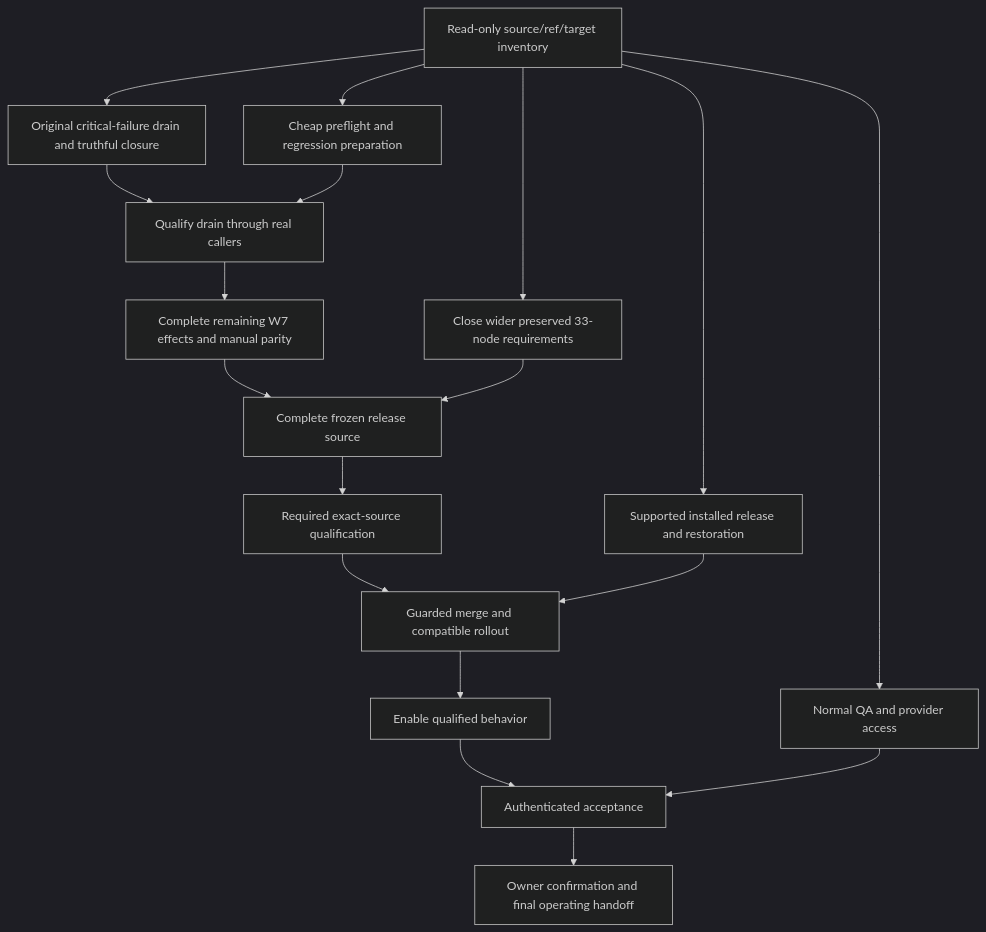
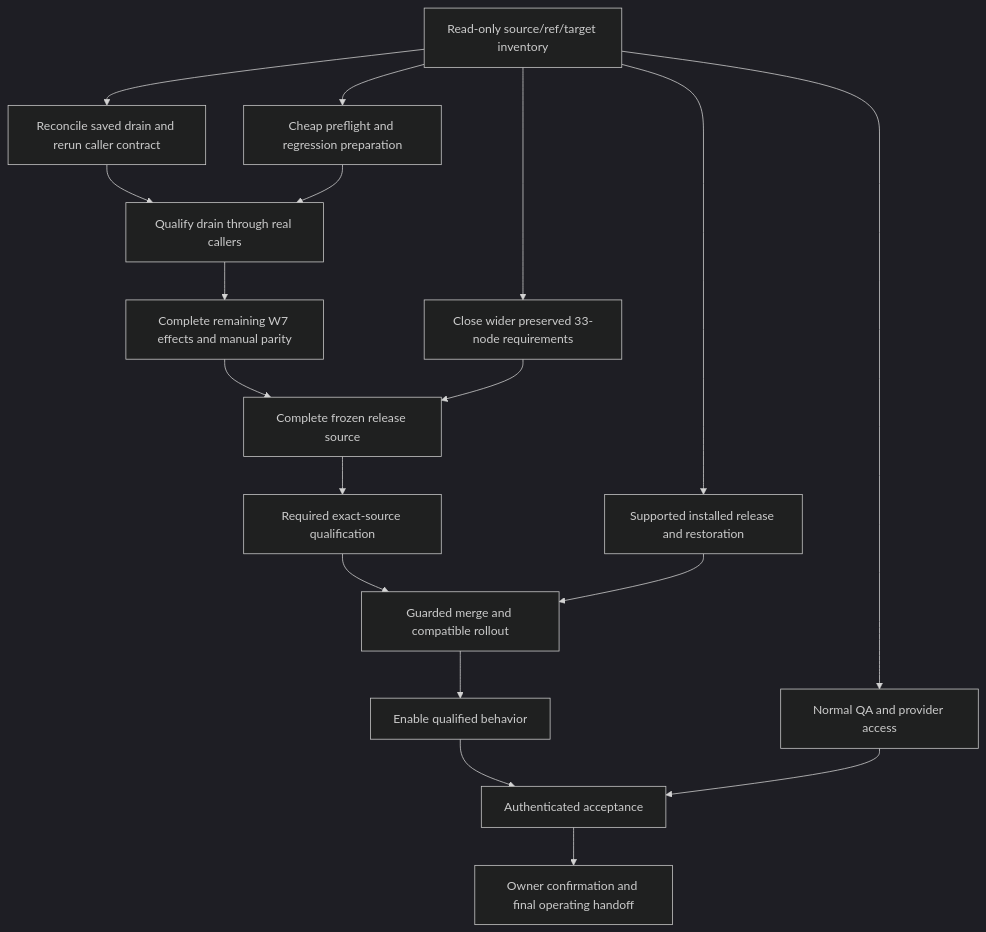
Before and after one commit to jtobkin/supraos-workflow-plan: the diagram in Delivery-Path-Release-Plan.md, drawn with Mermaid (dark theme). The commit also changed other lines of this file and 6 other files, not shown here.

````diff
--- a/Delivery-Path-Release-Plan.md
+++ b/Delivery-Path-Release-Plan.md
@@ -65,34 +184,34 @@
 ```mermaid
 flowchart TD
   RESUME["Read-only source/ref/target inventory"]
-  DRAIN["Original critical-failure drain and truthful closure"]
+  DRAIN["Reconcile saved drain and rerun caller contract"]
   PREREQ["Supported installed release and restoration"]
   QA["Normal QA and provider access"]
   VERIFY["Cheap preflight and regression preparation"]
   DRAINQUAL["Qualify drain through real callers"]
   EFFECTS["Complete remaining W7 effects and manual parity"]
   BROADER["Close wider preserved 33-node requirements"]
   FINALJOIN["Complete frozen release source"]
   FINALGATES["Required exact-source qualification"]
   DEPLOY["Guarded merge and compatible rollout"]
   ACTIVATE["Enable qualified behavior"]
   LIVE["Authenticated acceptance"]
   OWNER["Owner confirmation and final operating handoff"]
   RESUME --> DRAIN
   RESUME --> PREREQ
   RESUME --> QA
   RESUME --> VERIFY
   DRAIN --> DRAINQUAL
   VERIFY --> DRAINQUAL
   DRAINQUAL --> EFFECTS
   RESUME --> BROADER
   EFFECTS --> FINALJOIN
   BROADER --> FINALJOIN
   FINALJOIN --> FINALGATES
   FINALGATES --> DEPLOY
   PREREQ --> DEPLOY
   DEPLOY --> ACTIVATE
   ACTIVATE --> LIVE
   QA --> LIVE
   LIVE --> OWNER
 ```
````
